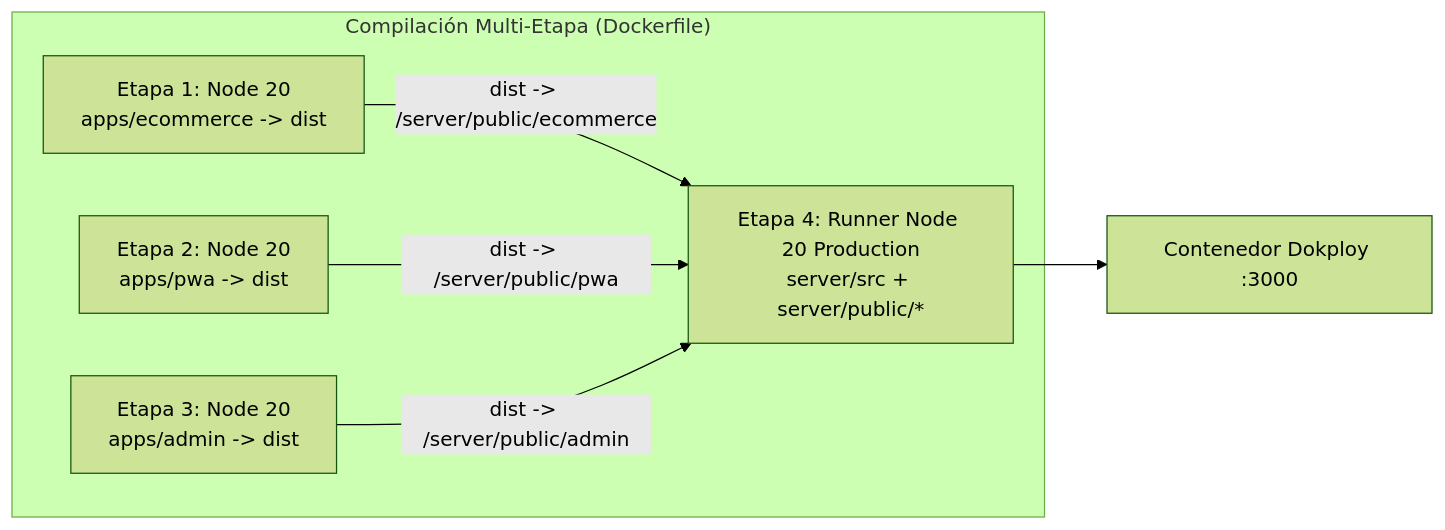
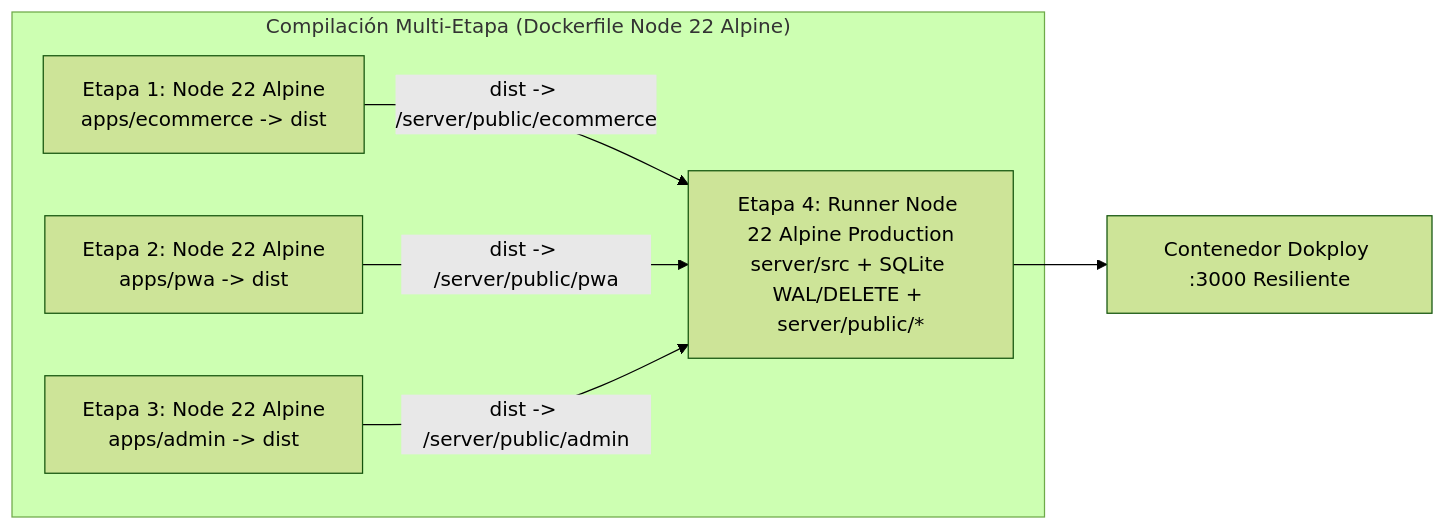
One commit to gdinacom-ux/laboratorio1 changed the third of 3 diagrams in ARCHITECTURE.md. Above: the diagram before and after it, drawn with Mermaid (forest theme). The commit also changed other lines of this file and 8 other files, not shown here.

````diff
--- a/ARCHITECTURE.md
+++ b/ARCHITECTURE.md
@@ -275,16 +275,16 @@
 ```mermaid
 graph LR
-    subgraph "Compilación Multi-Etapa (Dockerfile)"
-        Stage1[Etapa 1: Node 20<br/>apps/ecommerce -> dist]
-        Stage2[Etapa 2: Node 20<br/>apps/pwa -> dist]
-        Stage3[Etapa 3: Node 20<br/>apps/admin -> dist]
+    subgraph "Compilación Multi-Etapa (Dockerfile Node 22 Alpine)"
+        Stage1[Etapa 1: Node 22 Alpine<br/>apps/ecommerce -> dist]
+        Stage2[Etapa 2: Node 22 Alpine<br/>apps/pwa -> dist]
+        Stage3[Etapa 3: Node 22 Alpine<br/>apps/admin -> dist]
         
-        Stage4[Etapa 4: Runner Node 20 Production<br/>server/src + server/public/*]
+        Stage4[Etapa 4: Runner Node 22 Alpine Production<br/>server/src + SQLite WAL/DELETE + server/public/*]
         
         Stage1 -->|dist -> /server/public/ecommerce| Stage4
         Stage2 -->|dist -> /server/public/pwa| Stage4
         Stage3 -->|dist -> /server/public/admin| Stage4
     end
 
-    Stage4 --> DokployContainer[Contenedor Dokploy :3000]
+    Stage4 --> DokployContainer[Contenedor Dokploy :3000 Resiliente]
 ```
````
